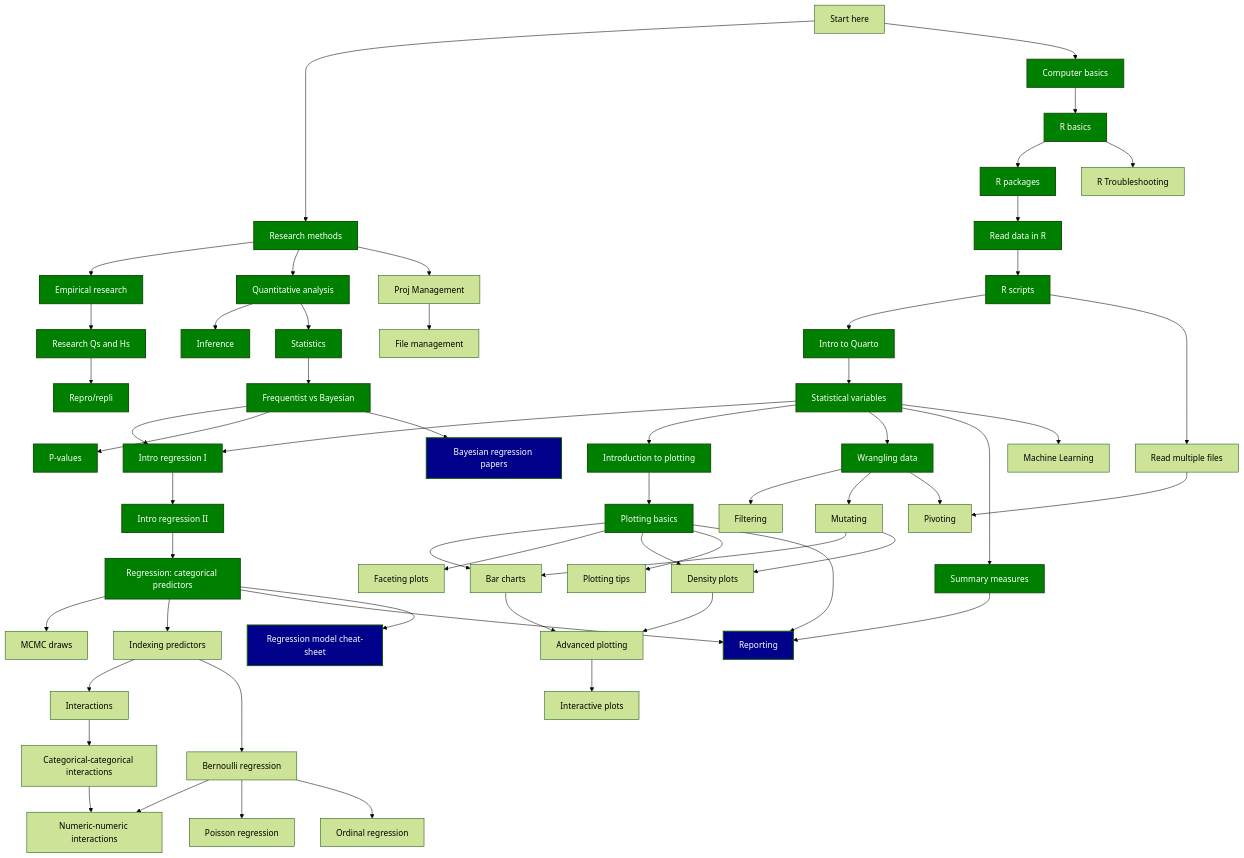
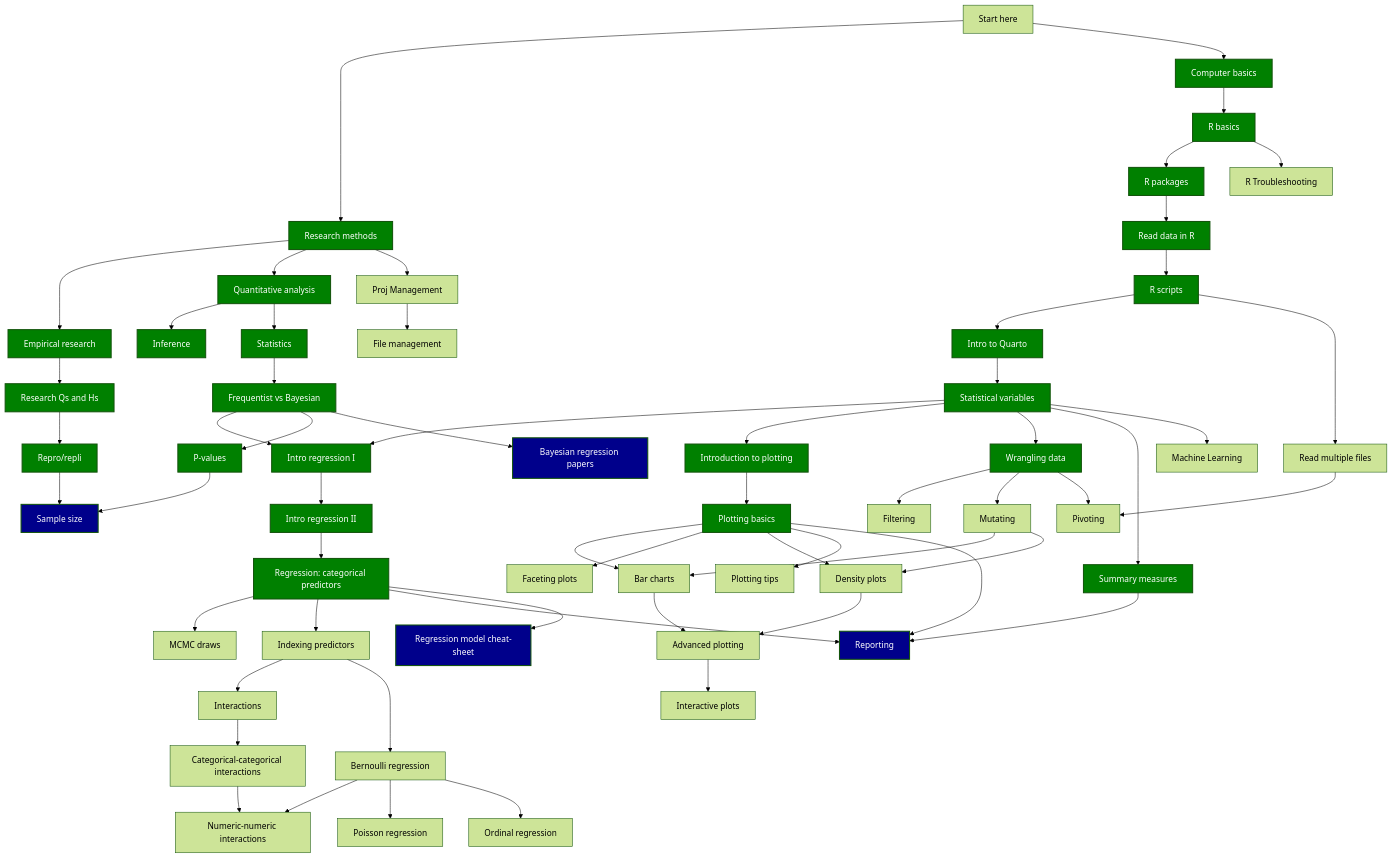
The diagram in map.qmd (uoelel/qml), drawn with Mermaid (forest theme) before and after one commit. The commit also changed 14 other files, not shown here.

Commit message:
add sample size entry

```diff
--- a/map.qmd
+++ b/map.qmd
@@ -135,6 +135,9 @@
   AX[Regression model cheat-sheet]
   click AX href "posts/regression-cheat-sheet.html" "Go to page"
   style AX fill:#00008B,color:#FFF,stroke-width:2px
+  AY[Sample size]
+  click AY href "posts/sample-size.html" "Go to page"
+  style AY fill:#00008B,color:#FFF,stroke-width:2px
   
   AW[Reporting]
   click AW href "posts/reporting.html" "Go to page"
@@ -173,6 +176,8 @@
   AA --> AB
   AB --> AR
   AC --> AW
+  AI --> AY
+  AP --> AY
 
   L --> O & P & Q
   P --> N & AA
```
